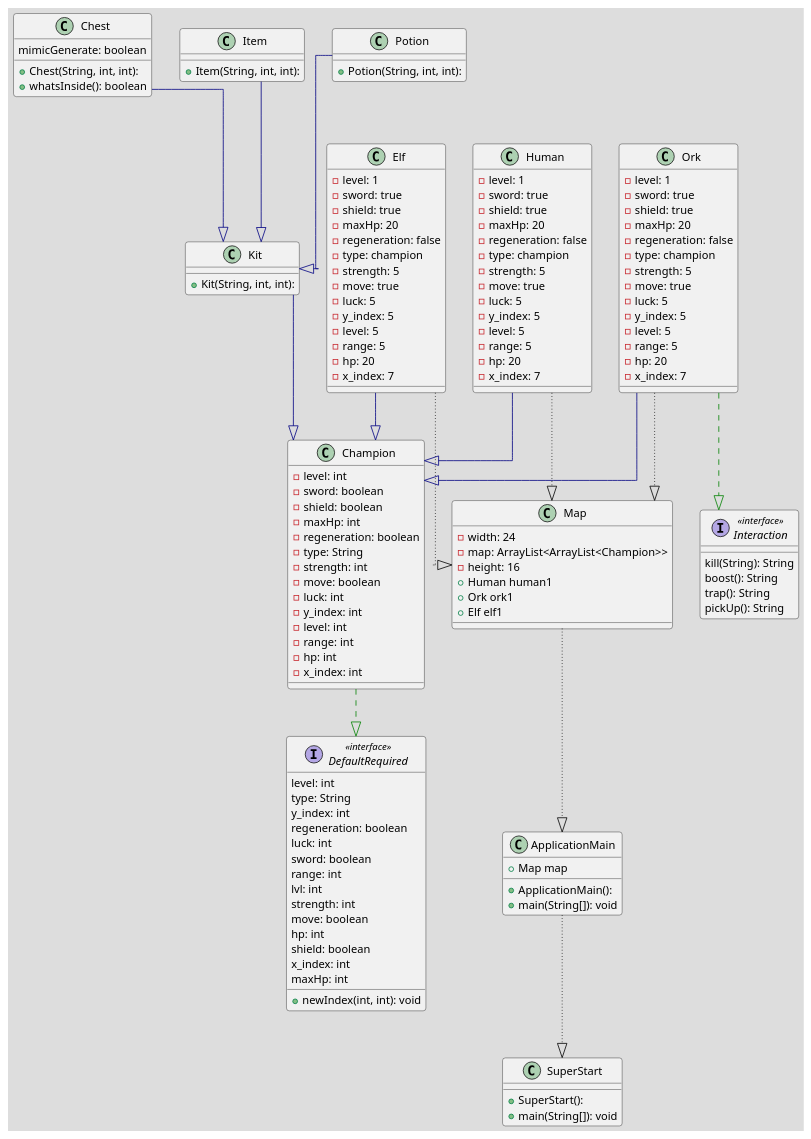
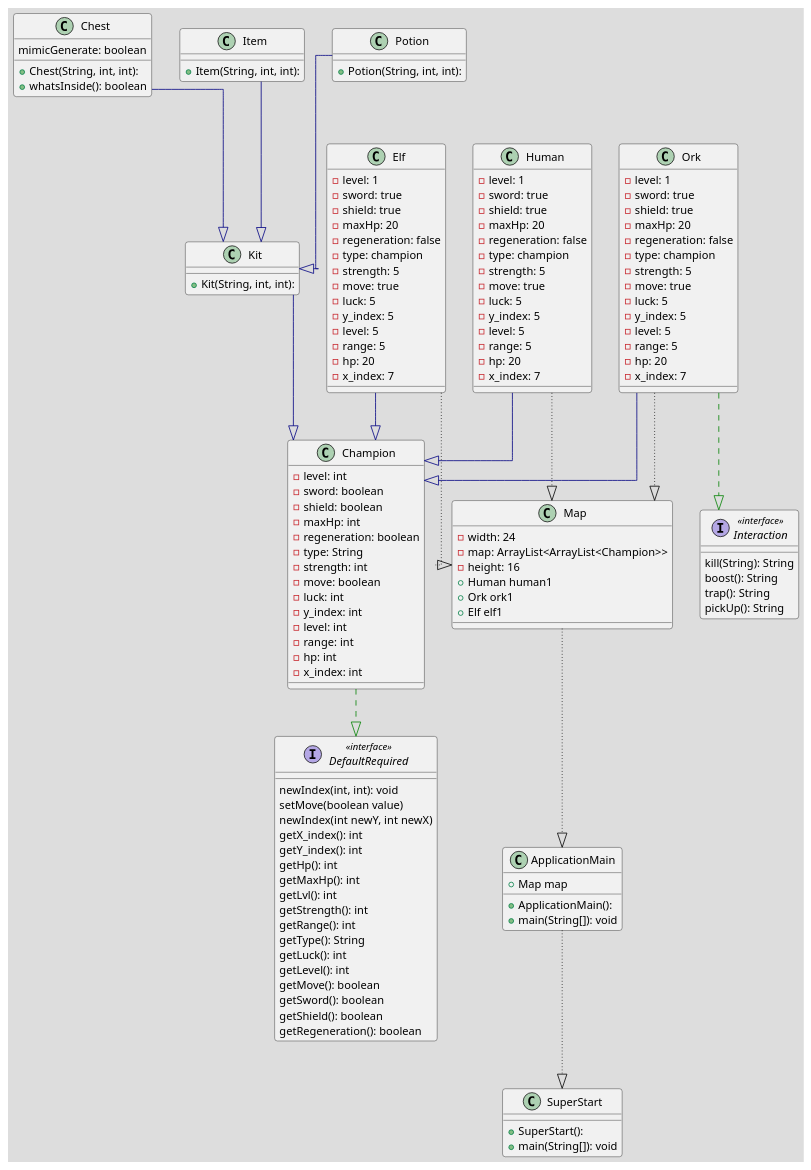
Before and after one commit to mikus3363/SymulatorPolaBitwy-OOP-project: the diagram in SymulatorPolaBitwy-OOP-Project-New-Class.plantuml, drawn with PlantUML.

Commit message:
Poprawki

```diff
--- a/SymulatorPolaBitwy-OOP-Project-New-Class.plantuml
+++ b/SymulatorPolaBitwy-OOP-Project-New-Class.plantuml
@@ -1,142 +1,145 @@
 @startuml
 
 !theme toy
 top to bottom direction
 skinparam linetype ortho
 
 class ApplicationMain {
    + Map map
   + ApplicationMain(): 
   + main(String[]): void
 }
 class Champion {
   - level: int
   - sword: boolean
   - shield: boolean
   - maxHp: int
   - regeneration: boolean
   - type: String
   - strength: int
   - move: boolean
   - luck: int
   - y_index: int
   - level: int
   - range: int
   - hp: int
   - x_index: int
 }
 class Chest {
   + Chest(String, int, int): 
   + whatsInside(): boolean
    mimicGenerate: boolean
 }
 interface DefaultRequired << interface >> {
-  + newIndex(int, int): void
-   level: int
-   type: String
-   y_index: int
-   regeneration: boolean
-   luck: int
-   sword: boolean
-   range: int
-   lvl: int
-   strength: int
-   move: boolean
-   hp: int
-   shield: boolean
-   x_index: int
-   maxHp: int
+  newIndex(int, int): void
+   setMove(boolean value)
+   newIndex(int newY, int newX)
+   getX_index(): int
+   getY_index(): int
+   getHp(): int
+   getMaxHp(): int
+   getLvl(): int
+   getStrength(): int
+   getRange(): int
+    getType(): String
+    getLuck(): int
+    getLevel(): int
+    getMove(): boolean
+    getSword(): boolean
+    getShield(): boolean
+    getRegeneration(): boolean
+
 }
 class Elf {
   - level: 1
    - sword: true
    - shield: true
    - maxHp: 20
     - regeneration: false
     - type: champion
     - strength: 5
     - move: true
     - luck: 5
     - y_index: 5
     - level: 5
     - range: 5
     - hp: 20
     - x_index: 7
 }
 class Human {
   - level: 1
    - sword: true
    - shield: true
    - maxHp: 20
     - regeneration: false
     - type: champion
     - strength: 5
     - move: true
     - luck: 5
     - y_index: 5
     - level: 5
     - range: 5
     - hp: 20
     - x_index: 7
 }
 interface Interaction << interface >> {
    kill(String): String
    boost(): String
    trap(): String
    pickUp(): String
 }
 class Item {
   + Item(String, int, int): 
 }
 class Kit {
   + Kit(String, int, int): 
 }
 class Map {
   - width: 24
   - map: ArrayList<ArrayList<Champion>>
   - height: 16
   + Human human1
   + Ork ork1
   + Elf elf1
 }
 class Ork {
   - level: 1
    - sword: true
    - shield: true
    - maxHp: 20
     - regeneration: false
     - type: champion
     - strength: 5
     - move: true
     - luck: 5
     - y_index: 5
     - level: 5
     - range: 5
     - hp: 20
     - x_index: 7
 }
 class Potion {
   + Potion(String, int, int): 
 }
 class SuperStart {
   + SuperStart(): 
   + main(String[]): void
 }
 
 Map         -[#000000,dotted]-^  ApplicationMain
 Elf              -[#000000,dotted]-^  Map
 Ork              -[#000000,dotted]-^  Map
 Human            -[#000000,dotted]-^  Map
 ApplicationMain            -[#000000,dotted]-^  SuperStart
 
 
 Champion         -[#008200,dashed]-^  DefaultRequired 
 Chest            -[#000082,plain]-^  Kit             
 Elf              -[#000082,plain]-^  Champion        
 Human            -[#000082,plain]-^  Champion        
 Item             -[#000082,plain]-^  Kit             
 Kit              -[#000082,plain]-^  Champion        
 Ork              -[#000082,plain]-^  Champion        
 Ork              -[#008200,dashed]-^  Interaction     
 Potion           -[#000082,plain]-^  Kit             
 @enduml
```
